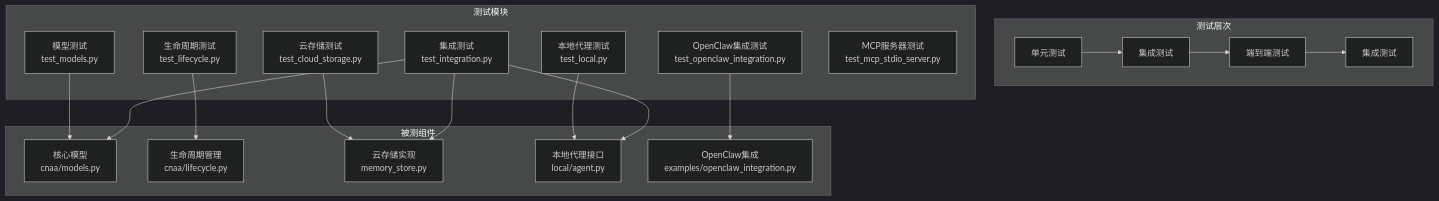
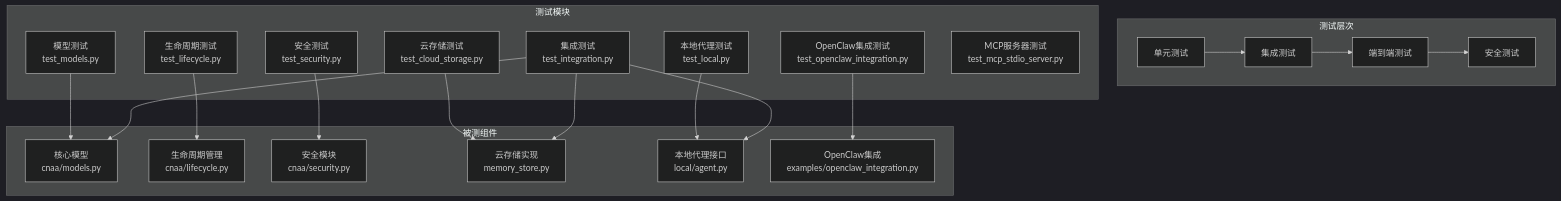
One commit to lgx236/CNAA-Cloud-Native-Agent-Architecture- changed the diagram in .qoder/repowiki/zh/content/开发指南/测试指南/测试指南.md. Above: the diagram before and after it, drawn with Mermaid (dark theme). The commit also changed other lines of this file and 98 other files, not shown here.

Commit message:
feat: Add cloud-local distributed architecture configuration & deployment docs

````diff
--- a/.qoder/repowiki/zh/content/开发指南/测试指南/测试指南.md
+++ b/.qoder/repowiki/zh/content/开发指南/测试指南/测试指南.md
@@ -48,32 +51,35 @@
 ```mermaid
 graph TB
 subgraph "测试层次"
 A["单元测试"] --> B["集成测试"]
 B --> C["端到端测试"]
-C --> D["集成测试"]
+C --> D["安全测试"]
 end
 subgraph "测试模块"
 E["模型测试<br/>test_models.py"]
 F["云存储测试<br/>test_cloud_storage.py"]
 G["本地代理测试<br/>test_local.py"]
 H["生命周期测试<br/>test_lifecycle.py"]
-I["集成测试<br/>test_integration.py"]
-J["OpenClaw集成测试<br/>test_openclaw_integration.py"]
-K["MCP服务器测试<br/>test_mcp_stdio_server.py"]
+I["安全测试<br/>test_security.py"]
+J["集成测试<br/>test_integration.py"]
+K["OpenClaw集成测试<br/>test_openclaw_integration.py"]
+L["MCP服务器测试<br/>test_mcp_stdio_server.py"]
 end
 subgraph "被测组件"
-L["核心模型<br/>cnaa/models.py"]
-M["生命周期管理<br/>cnaa/lifecycle.py"]
-N["云存储实现<br/>memory_store.py"]
-O["本地代理接口<br/>local/agent.py"]
-P["OpenClaw集成<br/>examples/openclaw_integration.py"]
+M["核心模型<br/>cnaa/models.py"]
+N["生命周期管理<br/>cnaa/lifecycle.py"]
+O["安全模块<br/>cnaa/security.py"]
+P["云存储实现<br/>memory_store.py"]
+Q["本地代理接口<br/>local/agent.py"]
+R["OpenClaw集成<br/>examples/openclaw_integration.py"]
 end
-E --> L
-H --> M
-F --> N
-G --> O
-I --> L
-I --> N
+E --> M
+H --> N
 I --> O
+F --> P
+G --> Q
+J --> M
 J --> P
+J --> Q
+K --> R
 ```
````
